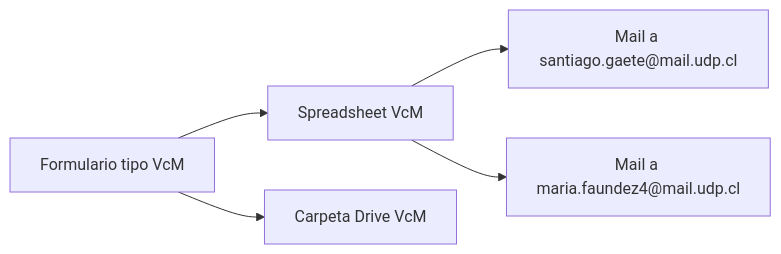
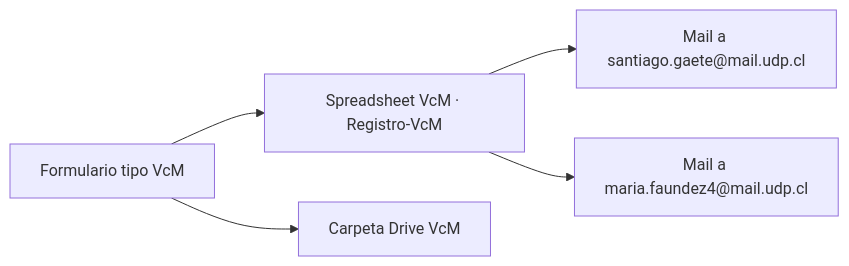
One commit to clifford1one/vcm-faaad changed the third of 6 diagrams in formulario-actividades/README.md. Above: the diagram before and after it, drawn with Mermaid. The commit also changed other lines of this file, not shown here.

````diff
--- a/formulario-actividades/README.md
+++ b/formulario-actividades/README.md
@@ -74,7 +92,7 @@
 ```mermaid
 flowchart LR
-    A[Formulario tipo VcM] --> B[Spreadsheet VcM]
+    A[Formulario tipo VcM] --> B[Spreadsheet VcM · Registro-VcM]
     A --> C[Carpeta Drive VcM]
     B --> D[Mail a santiago.gaete@mail.udp.cl]
     B --> E[Mail a maria.faundez4@mail.udp.cl]
 ```
````
